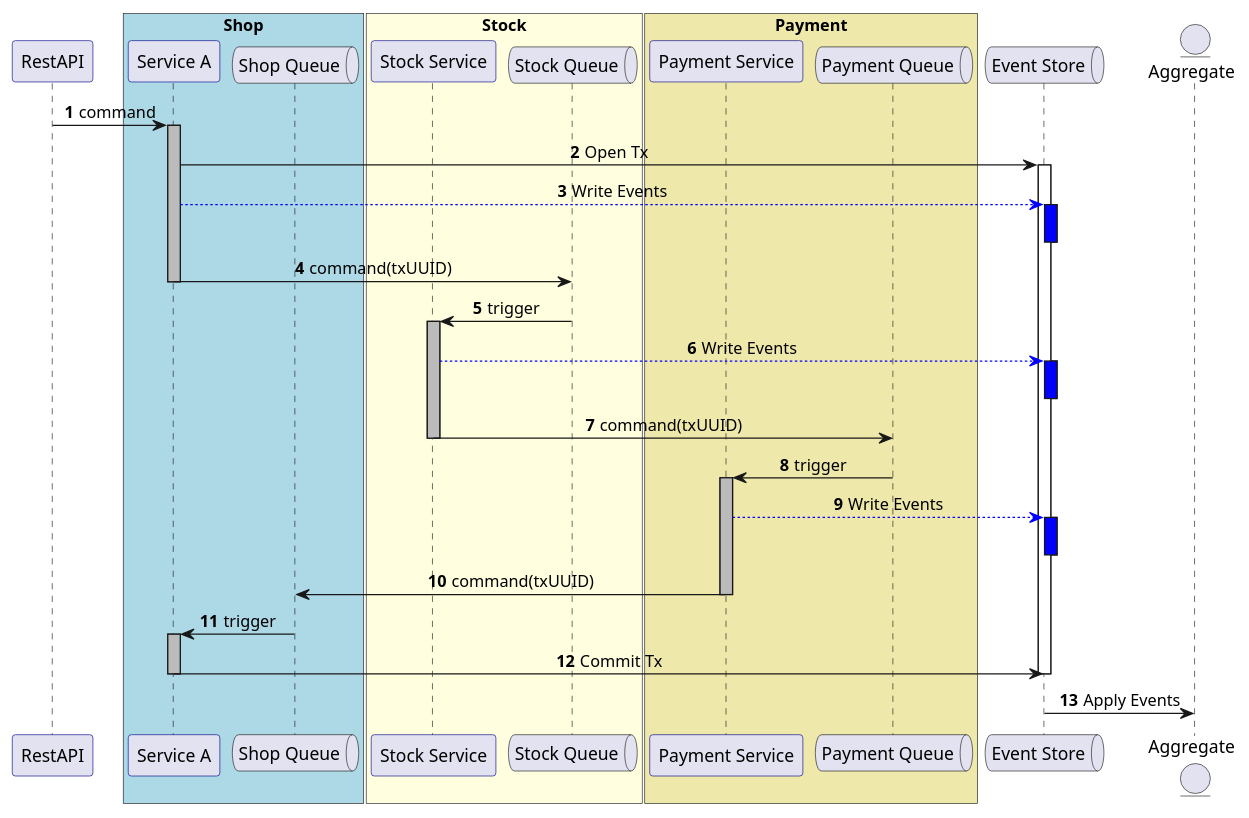
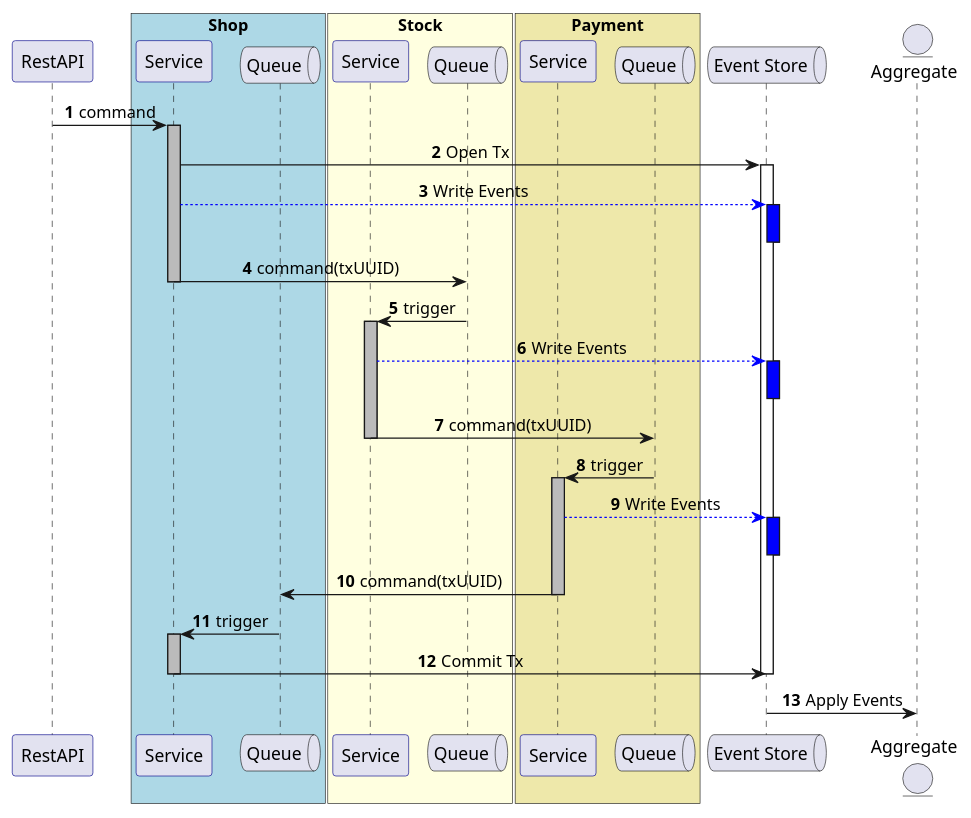
Before and after one commit to cheleb/zio-pravega: the diagram in docs/_docs/use-cases/distributed-tx.puml, drawn with PlantUML.

Commit message:
docs: simplify participant and queue naming in distributed transaction diagram

```diff
--- a/docs/_docs/use-cases/distributed-tx.puml
+++ b/docs/_docs/use-cases/distributed-tx.puml
@@ -1,68 +1,68 @@
 @startuml "distributed-tx"
 
 autonumber
 
 skinparam sequence{
   ParticipantBorderColor DarkBlue
   QueueBorderColor DarkBlue
 }
 
 
 skinparam sequenceMessageAlign center
 
 participant "RestAPI" as Rest
 
 box "Shop" #LightBlue
-participant "Service A" as A
-queue "Shop Queue" as QueueA
+participant "Service" as A
+queue "Queue" as QueueA
 end box
 Box "Stock" #LightYellow
-participant "Stock Service" as B
-queue "Stock Queue" as QueueB
+participant "Service" as B
+queue "Queue" as QueueB
 end box
 Box "Payment" #PaleGoldenRod
-participant "Payment Service" as C
-queue "Payment Queue" as QueueC
+participant "Service" as C
+queue "Queue" as QueueC
 end box
 queue "Event Store" as EventStore
 
 Entity "Aggregate" as Aggregate
 
 
 Rest -> A : command
 activate A #BBBBBB
 A -> EventStore  : Open Tx
 activate EventStore
 A -[#0000FF]-> EventStore  : Write Events
 activate EventStore #0000FF
 deactivate EventStore
 A -> QueueB  : command(txUUID)
 deactivate A
 
 B <- QueueB  : trigger
 activate B #BBBBBB
 B -[#0000FF]-> EventStore : Write Events
 activate EventStore #0000FF
 deactivate EventStore
 
 B -> QueueC  : command(txUUID)
 deactivate B
 C <- QueueC  : trigger
 activate C #BBBBBB
 C -[#0000FF]-> EventStore : Write Events
 
 activate EventStore #0000FF
 deactivate EventStore
 C -> QueueA  : command(txUUID)
 deactivate C
 A <- QueueA  : trigger
 activate A #BBBBBB
 A -> EventStore : Commit Tx
 
 deactivate EventStore
 deactivate A
 
 EventStore -> Aggregate : Apply Events
 
 
 @enduml
```
